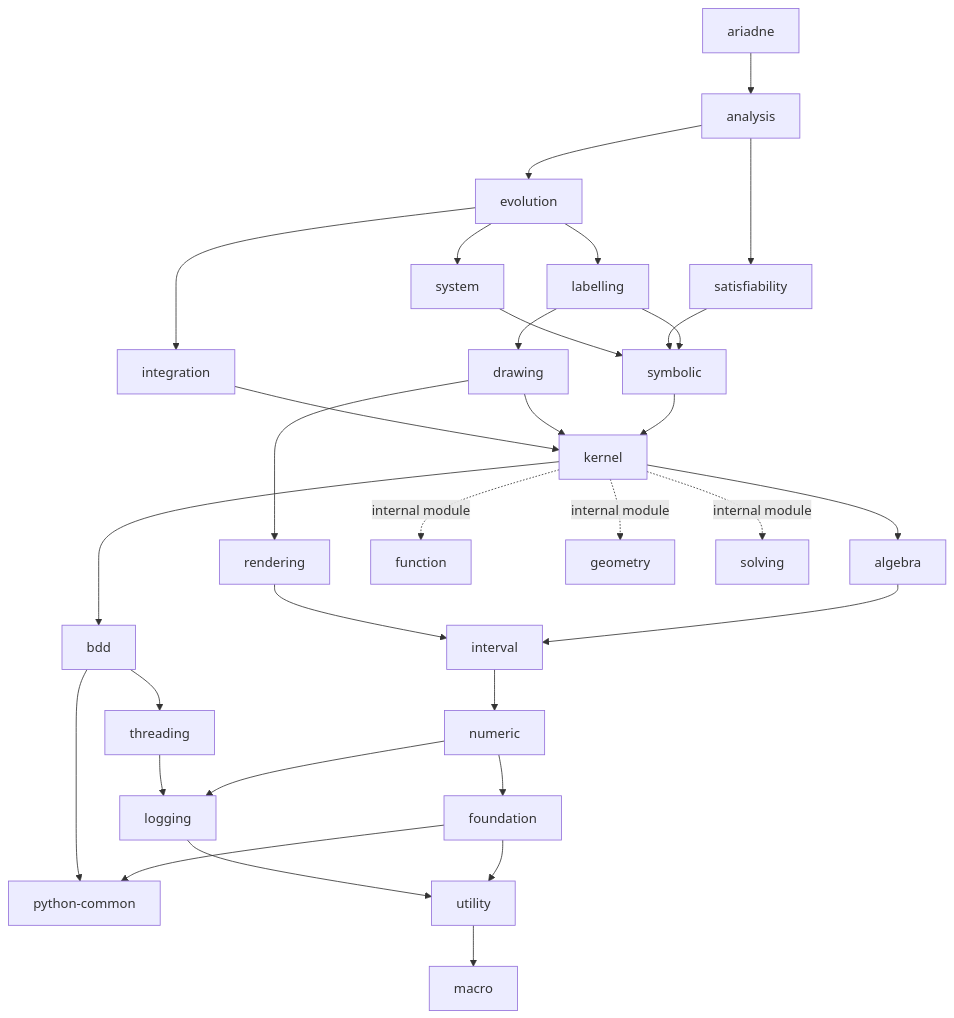
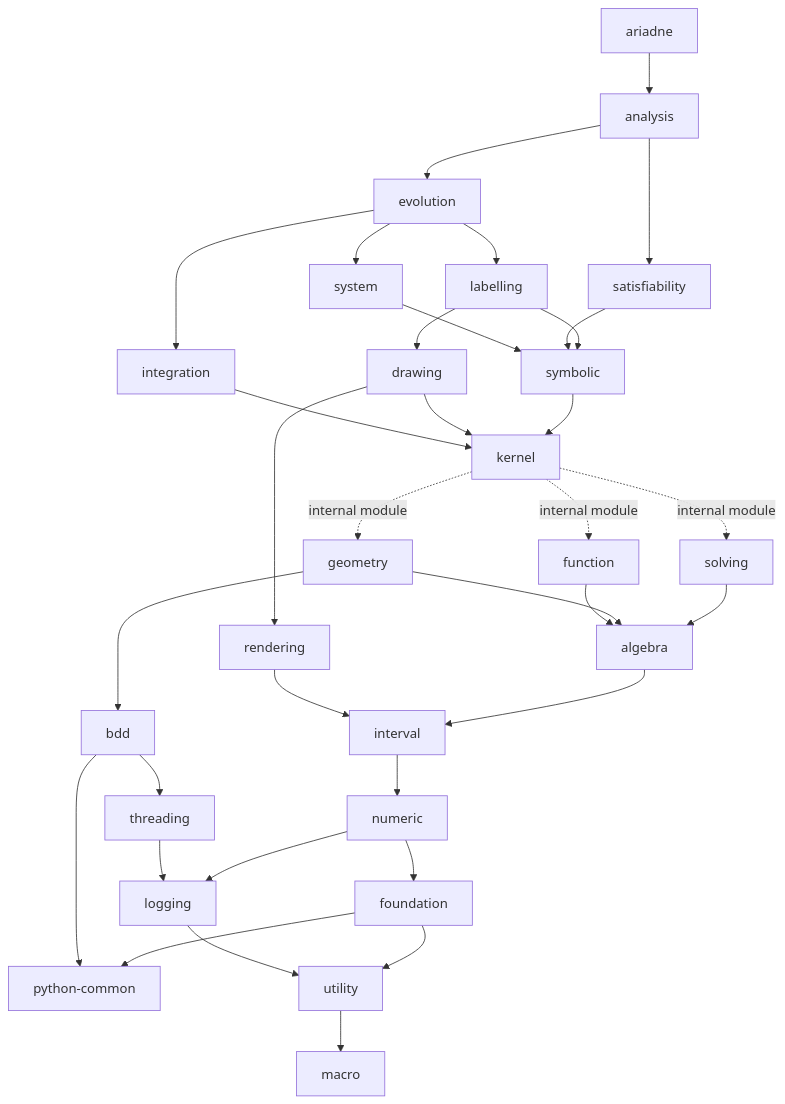
One commit to ariadne-cps/ariadne changed the diagram in doc/decoupling/structure.md. Above: the diagram before and after it, drawn with Mermaid. The commit also changed other lines of this file, not shown here.

Commit message:
docs: move algebra and bdd dependencies to kernel modules

````diff
--- a/doc/decoupling/structure.md
+++ b/doc/decoupling/structure.md
@@ -38,48 +38,50 @@
 ```mermaid
 graph TD
     ariadne --> analysis
 
     analysis --> evolution
     analysis --> satisfiability
 
     evolution --> integration
     evolution --> system
     evolution --> labelling
 
     integration --> kernel
 
     system --> symbolic
 
     satisfiability --> symbolic
 
     labelling --> symbolic
     labelling --> drawing
 
     drawing --> rendering
     drawing --> kernel
 
     symbolic --> kernel
 
-    kernel --> bdd
-    kernel --> algebra
+    function --> algebra
+    geometry --> algebra
+    solving --> algebra
+    geometry --> bdd
     rendering --> interval
 
     kernel -. internal module .-> function
     kernel -. internal module .-> geometry
     kernel -. internal module .-> solving
 
     bdd --> threading
     bdd --> python_common["python-common"]
 
     threading --> logging
     logging --> utility
     utility --> macro
 
     algebra --> interval
     interval --> numeric
     numeric --> foundation
     numeric --> logging
 
     foundation --> utility
     foundation --> python_common
 ```
````
